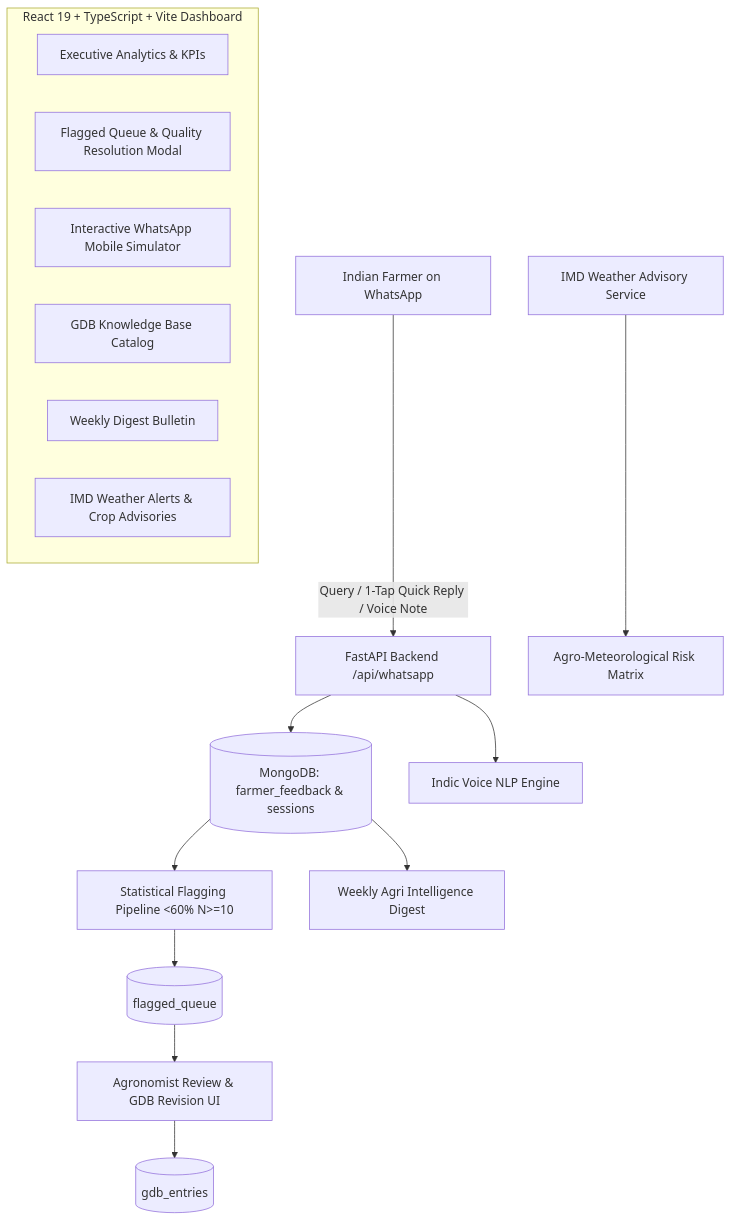
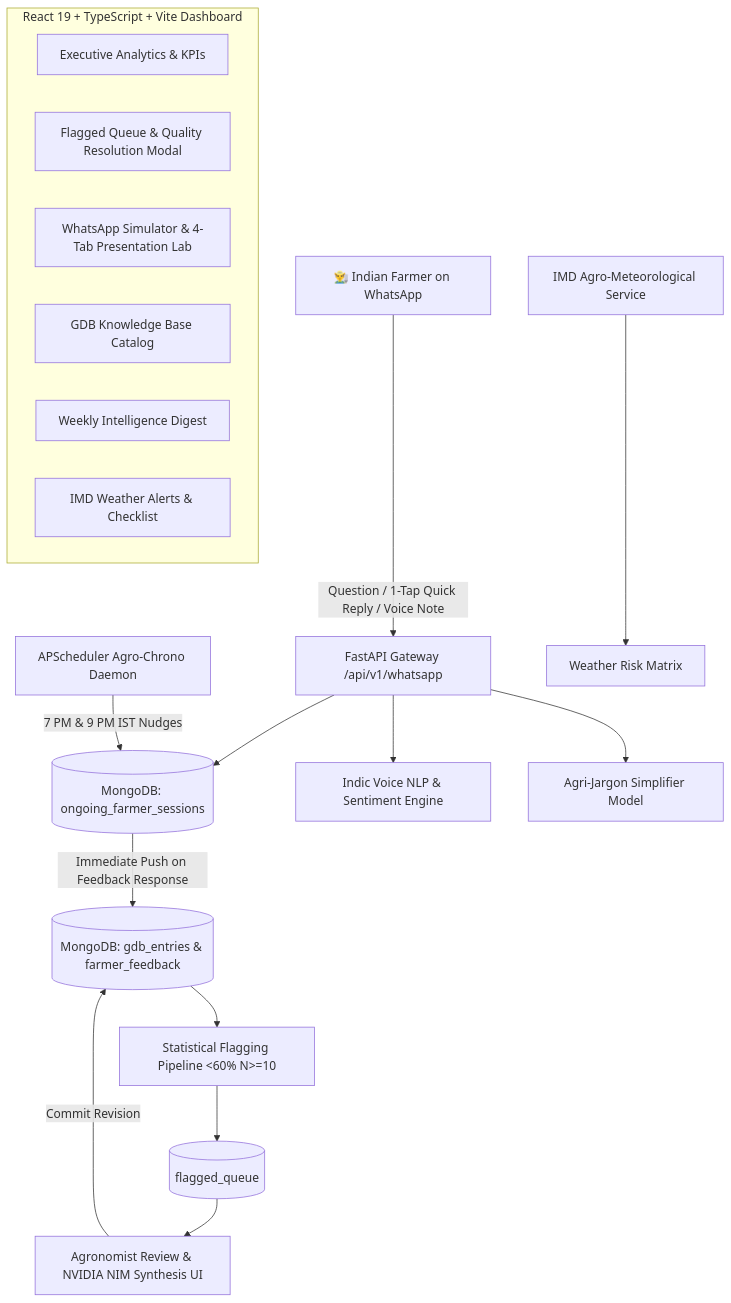
The diagram in README.md (iamgojoof6eyes/FarmersFeedback), drawn with Mermaid before and after one commit. The commit also changed other lines of this file and 1 other file, not shown here.

````diff
--- a/README.md
+++ b/README.md
@@ -11,21 +34,25 @@
 ```mermaid
 graph TD
-    A[Indian Farmer on WhatsApp] -->|Query / 1-Tap Quick Reply / Voice Note| B[FastAPI Backend /api/whatsapp]
-    B --> C[(MongoDB: farmer_feedback & sessions)]
-    B --> D[Indic Voice NLP Engine]
-    C --> E[Statistical Flagging Pipeline <60% N>=10]
-    E --> F[(flagged_queue)]
-    F --> G[Agronomist Review & GDB Revision UI]
-    G --> H[(gdb_entries)]
-    C --> I[Weekly Agri Intelligence Digest]
-    J[IMD Weather Advisory Service] --> K[Agro-Meteorological Risk Matrix]
+    A[👨‍🌾 Indian Farmer on WhatsApp] -->|Question / 1-Tap Quick Reply / Voice Note| B[FastAPI Gateway /api/v1/whatsapp]
+    B --> C[(MongoDB: ongoing_farmer_sessions)]
+    B --> D[Indic Voice NLP & Sentiment Engine]
+    B --> E[Agri-Jargon Simplifier Model]
+    
+    C -->|Immediate Push on Feedback Response| F[(MongoDB: gdb_entries & farmer_feedback)]
+    F --> G[Statistical Flagging Pipeline <60% N>=10]
+    G --> H[(flagged_queue)]
+    H --> I[Agronomist Review & NVIDIA NIM Synthesis UI]
+    I -->|Commit Revision| F
+    
+    J[APScheduler Agro-Chrono Daemon] -->|7 PM & 9 PM IST Nudges| C
+    K[IMD Agro-Meteorological Service] --> L[Weather Risk Matrix]
     
     subgraph Frontend [React 19 + TypeScript + Vite Dashboard]
-        L[Executive Analytics & KPIs]
-        M[Flagged Queue & Quality Resolution Modal]
-        N[Interactive WhatsApp Mobile Simulator]
-        O[GDB Knowledge Base Catalog]
-        P[Weekly Digest Bulletin]
-        Q[IMD Weather Alerts & Crop Advisories]
+        M[Executive Analytics & KPIs]
+        N[Flagged Queue & Quality Resolution Modal]
+        O[WhatsApp Simulator & 4-Tab Presentation Lab]
+        P[GDB Knowledge Base Catalog]
+        Q[Weekly Intelligence Digest]
+        R[IMD Weather Alerts & Checklist]
     end
 ```
````
